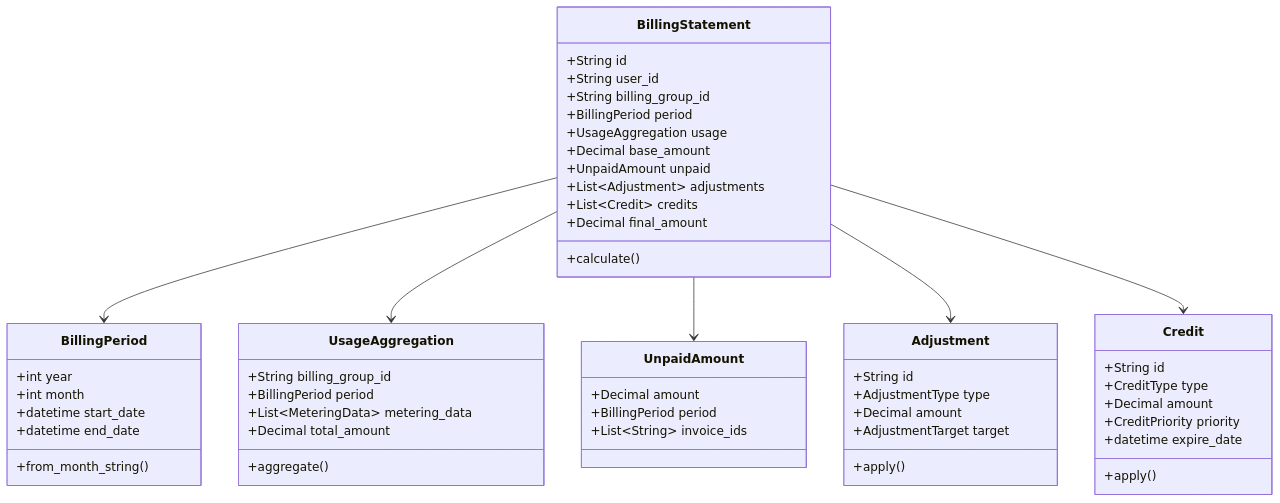
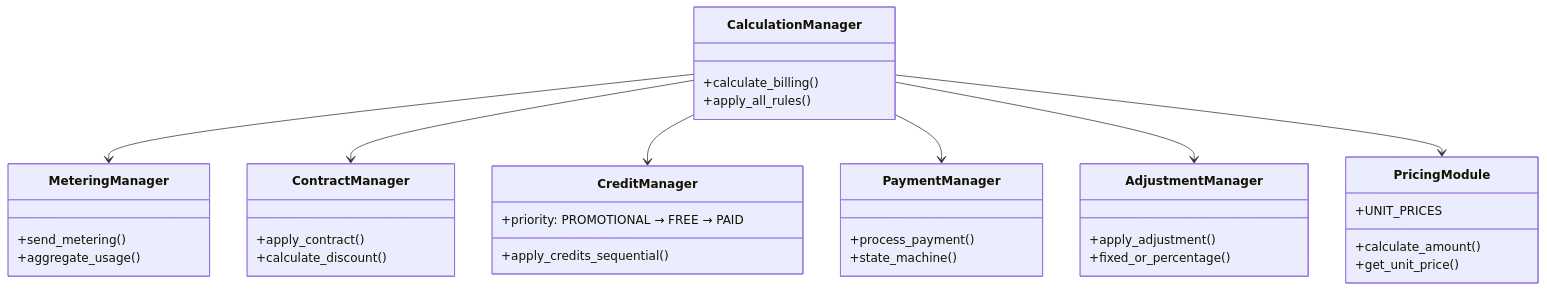
The third of 7 diagrams in docs/ARCHITECTURE.md (johanna-II/BillingTest), drawn with Mermaid before and after one commit. The commit also changed other lines of this file and 5 other files, not shown here.

````diff
--- a/docs/ARCHITECTURE.md
+++ b/docs/ARCHITECTURE.md
@@ -161,61 +134,45 @@
 ```mermaid
 classDiagram
-    class BillingStatement {
-        +String id
-        +String user_id
-        +String billing_group_id
-        +BillingPeriod period
-        +UsageAggregation usage
-        +Decimal base_amount
-        +UnpaidAmount unpaid
-        +List~Adjustment~ adjustments
-        +List~Credit~ credits
-        +Decimal final_amount
-        +calculate()
+    class MeteringManager {
+        +send_metering()
+        +aggregate_usage()
     }
 
-    class BillingPeriod {
-        +int year
-        +int month
-        +datetime start_date
-        +datetime end_date
-        +from_month_string()
+    class ContractManager {
+        +apply_contract()
+        +calculate_discount()
     }
 
-    class UsageAggregation {
-        +String billing_group_id
-        +BillingPeriod period
-        +List~MeteringData~ metering_data
-        +Decimal total_amount
-        +aggregate()
+    class CreditManager {
+        +apply_credits_sequential()
+        +priority: PROMOTIONAL → FREE → PAID
     }
 
-    class Adjustment {
-        +String id
-        +AdjustmentType type
-        +Decimal amount
-        +AdjustmentTarget target
-        +apply()
+    class PaymentManager {
+        +process_payment()
+        +state_machine()
     }
 
-    class Credit {
-        +String id
-        +CreditType type
-        +Decimal amount
-        +CreditPriority priority
-        +datetime expire_date
-        +apply()
+    class AdjustmentManager {
+        +apply_adjustment()
+        +fixed_or_percentage()
     }
 
-    class UnpaidAmount {
-        +Decimal amount
-        +BillingPeriod period
-        +List~String~ invoice_ids
+    class CalculationManager {
+        +calculate_billing()
+        +apply_all_rules()
     }
 
-    BillingStatement --> BillingPeriod
-    BillingStatement --> UsageAggregation
-    BillingStatement --> UnpaidAmount
-    BillingStatement --> Adjustment
-    BillingStatement --> Credit
+    class PricingModule {
+        +calculate_amount()
+        +get_unit_price()
+        +UNIT_PRICES
+    }
+
+    CalculationManager --> MeteringManager
+    CalculationManager --> ContractManager
+    CalculationManager --> CreditManager
+    CalculationManager --> PaymentManager
+    CalculationManager --> AdjustmentManager
+    CalculationManager --> PricingModule
 ```
````
